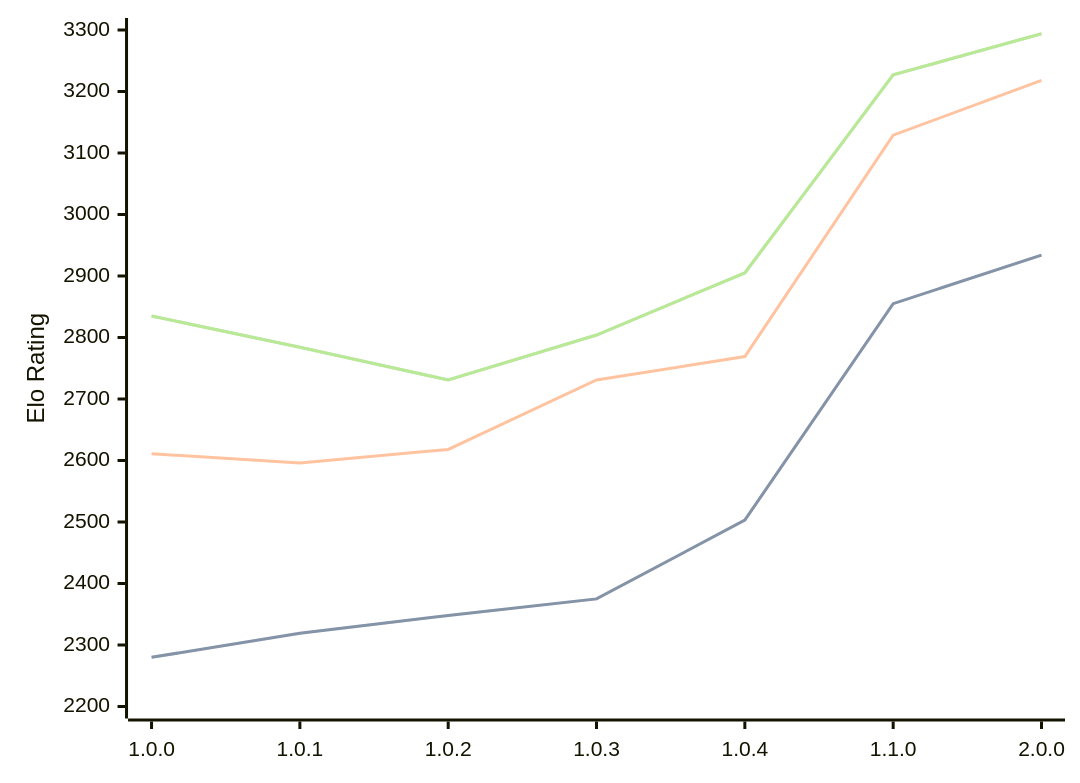
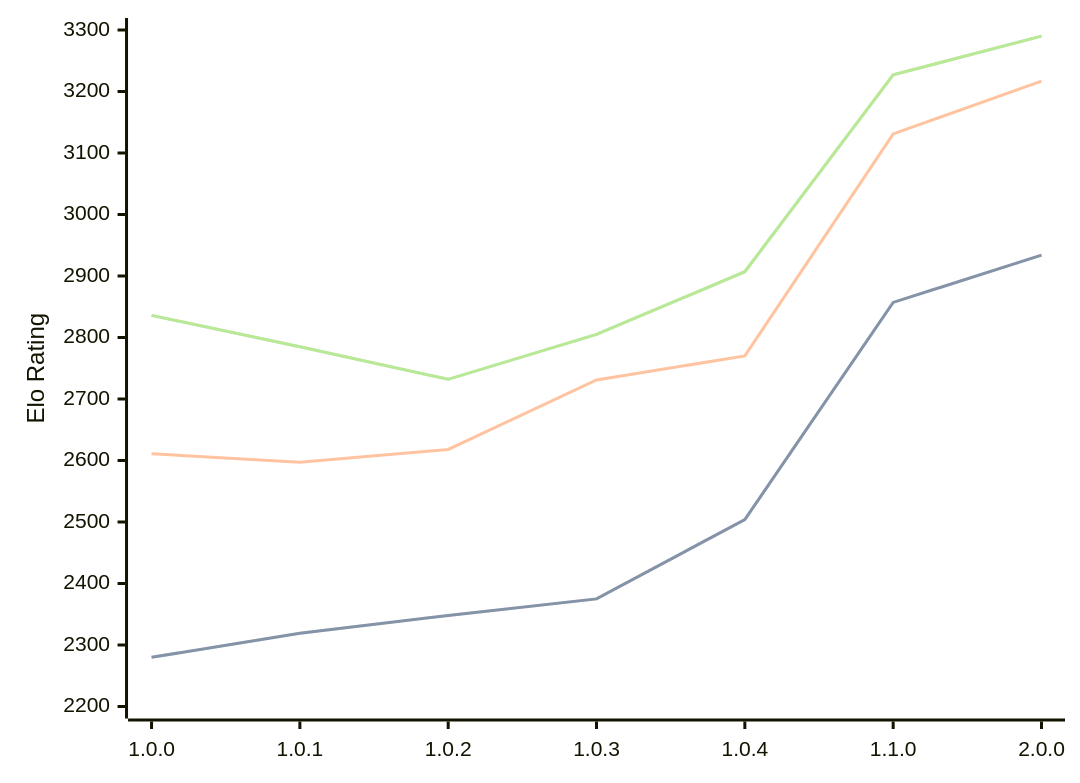
The diagram in engines/Grail.md (computer-chess-index/cci), drawn with Mermaid before and after one commit. The commit also changed other lines of this file, not shown here.

Commit message:
Update CCI Ratings (ELO VLTC) - 2026-05-14

````diff
--- a/engines/Grail.md
+++ b/engines/Grail.md
@@ -37,11 +37,11 @@
 ```mermaid
 %%{init: {"theme":"base","themeVariables":{"seriesColors:['#a3a3a3','#222221','#faa371']}}}%%
 xychart-beta
   x-axis ["1.0.0", "1.0.1", "1.0.2", "1.0.3", "1.0.4", "1.1.0", "2.0.0"]
   y-axis "Elo Rating" 2200 --> 3300
-  line "STC (8.0+0.08s)" [2280, 2319, 2348, 2375, 2503, 2855, 2934]
-  line "STC (8.0+0.08s)" [2280, 2319, 2348, 2375, 2503, 2855, 2934]
-  line "LTC (60.0+0.60s)" [2611, 2596, 2618, 2731, 2769, 3129, 3218]
-  line "VLTC (2m24s+1.12s)" [2835, 2784, 2731, 2804, 2905, 3227, 3294]
-  line "VLTC (2m24s+1.12s)" [2835, 2784, 2731, 2804, 2905, 3227, 3294]
+  line "STC (8.0+0.08s)" [2280, 2319, 2348, 2375, 2504, 2857, 2934]
+  line "STC (8.0+0.08s)" [2280, 2319, 2348, 2375, 2504, 2857, 2934]
+  line "LTC (60.0+0.60s)" [2611, 2597, 2618, 2731, 2770, 3131, 3217]
+  line "VLTC (2m24s+1.12s)" [2836, 2785, 2732, 2805, 2907, 3227, 3290]
+  line "VLTC (2m24s+1.12s)" [2836, 2785, 2732, 2805, 2907, 3227, 3290]
 ```
````
